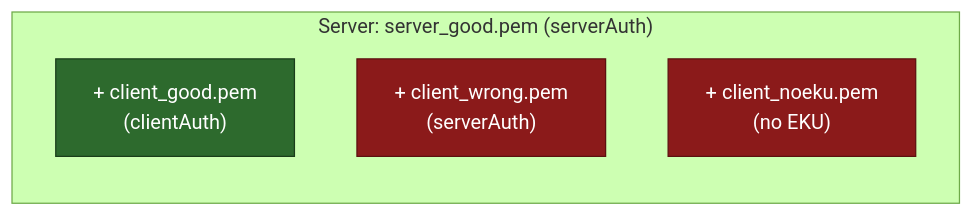
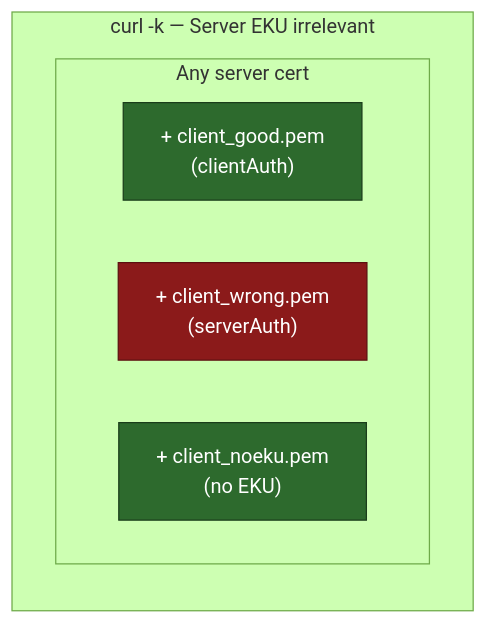
Before and after one commit to jaysonv/mtls-lab: the fourth of 6 diagrams in README.md, drawn with Mermaid (forest theme). The commit also changed other lines of this file and 1 other file, not shown here.

First line of the commit message:
Update docs with verified test results and corrected EKU behavior

````diff
--- a/README.md
+++ b/README.md
@@ -67,11 +98,14 @@
 ```mermaid
 graph LR
-    subgraph "Server: server_good.pem (serverAuth)"
-        T1["+ client_good.pem<br/>(clientAuth)"]:::pass
-        T2["+ client_wrong.pem<br/>(serverAuth)"]:::fail
-        T3["+ client_noeku.pem<br/>(no EKU)"]:::fail
+    subgraph "curl -k — Server EKU irrelevant"
+        direction TB
+        subgraph "Any server cert"
+            T1["+ client_good.pem<br/>(clientAuth)"]:::pass
+            T2["+ client_wrong.pem<br/>(serverAuth)"]:::fail
+            T3["+ client_noeku.pem<br/>(no EKU)"]:::pass
+        end
     end
 
     classDef pass fill:#2d6a2d,stroke:#1a3d1a,color:#fff
     classDef fail fill:#8b1a1a,stroke:#5c1010,color:#fff
 ```
````
